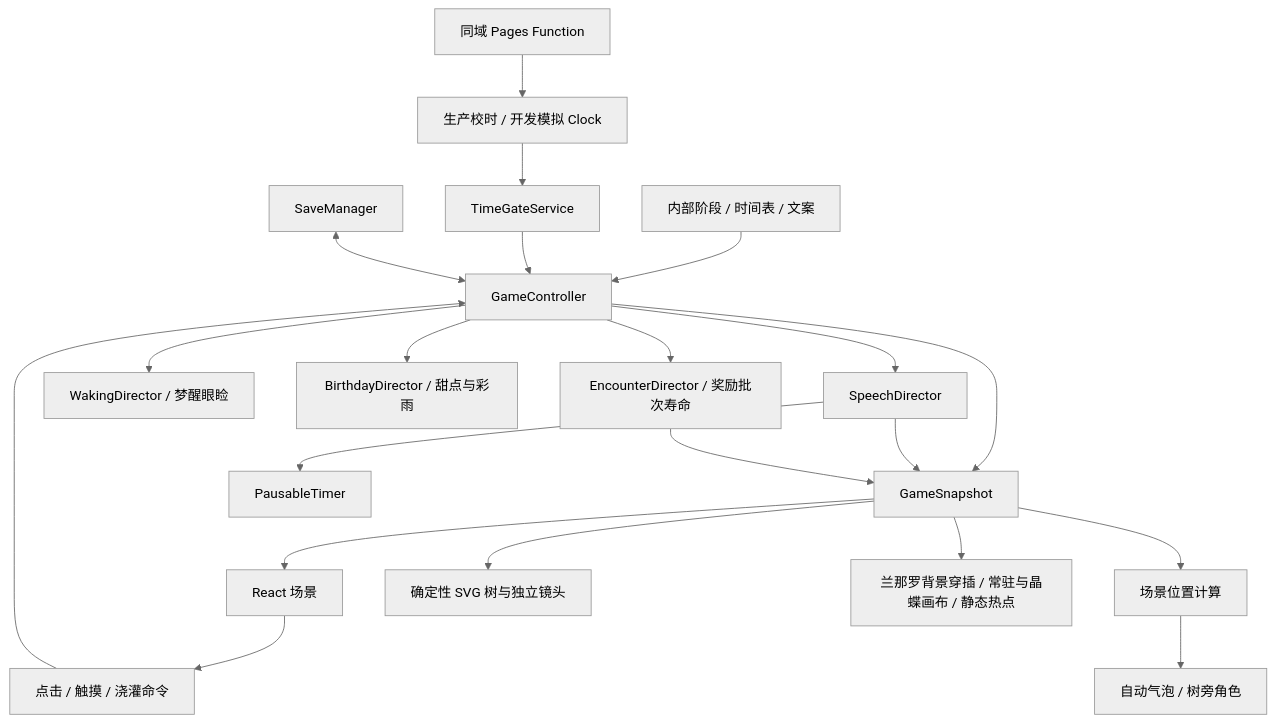
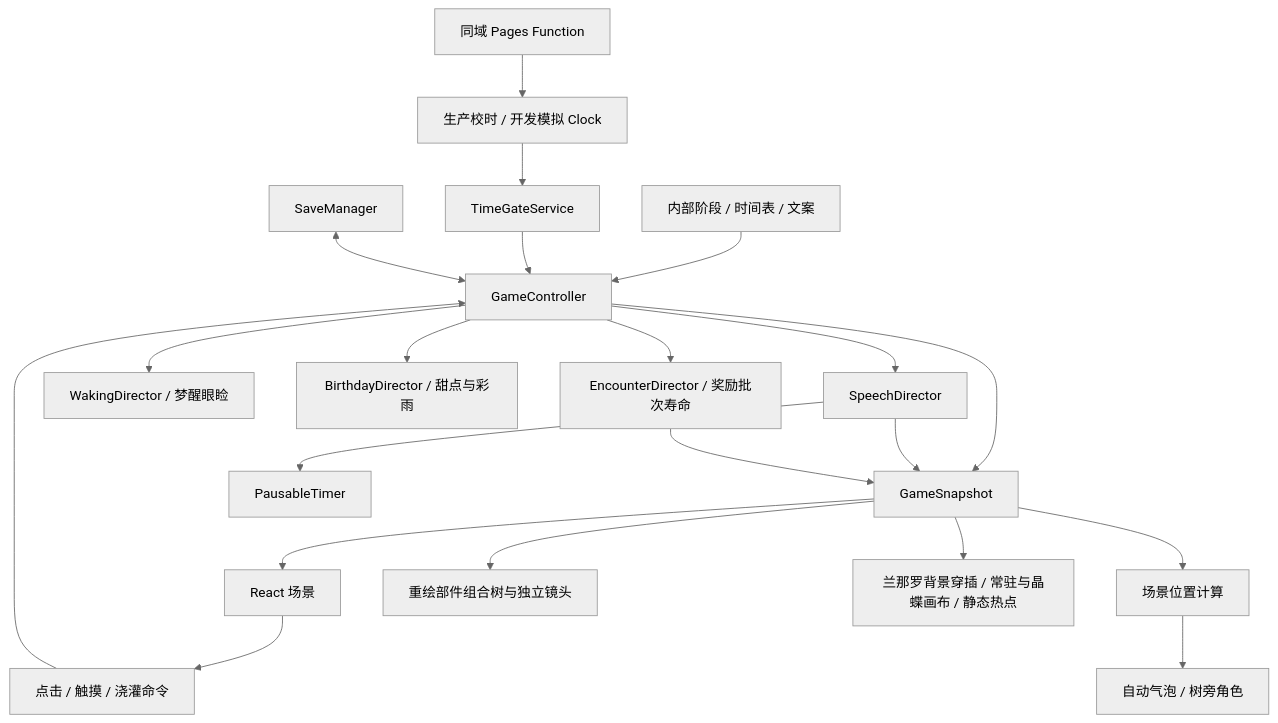
The diagram in docs/ARCHITECTURE.md (pastonce/1027WaterAIrminsul), drawn with Mermaid (neutral theme) before and after one commit. The commit also changed other lines of this file and 179 other files, not shown here.

````diff
--- a/docs/ARCHITECTURE.md
+++ b/docs/ARCHITECTURE.md
@@ -29,23 +37,23 @@
 ```mermaid
 flowchart TD
   Config[内部阶段 / 时间表 / 文案] --> Game[GameController]
   Server[同域 Pages Function] --> Clock[生产校时 / 开发模拟 Clock]
   Clock --> Time[TimeGateService]
   Time --> Game
   Save[SaveManager] <--> Game
   Game --> Snapshot[GameSnapshot]
   Snapshot --> View[React 场景]
   View --> Commands[点击 / 触摸 / 浇灌命令]
   Commands --> Game
   Game --> Speech[SpeechDirector]
   Speech --> Timer[PausableTimer]
   Speech --> Snapshot
   Game --> Waking[WakingDirector / 梦醒眼睑]
   Game --> Birthday[BirthdayDirector / 甜点与彩雨]
   Game --> Encounters[EncounterDirector / 奖励批次寿命]
   Encounters --> Snapshot
   Snapshot --> Layout[场景位置计算]
   Layout --> Bubble[自动气泡 / 树旁角色]
-  Snapshot --> Tree[确定性 SVG 树与独立镜头]
+  Snapshot --> Tree[重绘部件组合树与独立镜头]
   Snapshot --> Creatures[兰那罗背景穿插 / 常驻与晶蝶画布 / 静态热点]
 ```
````
